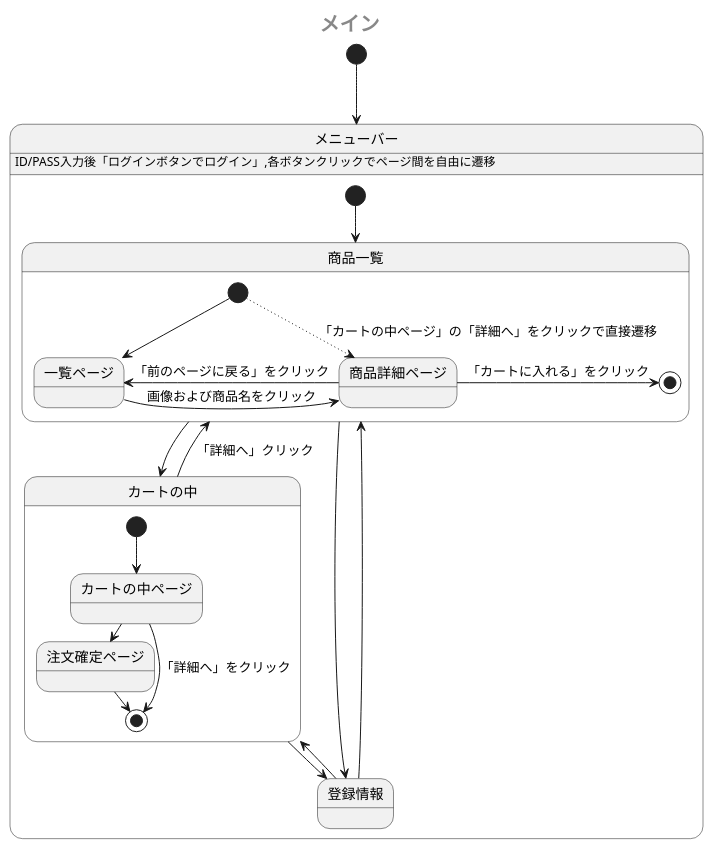
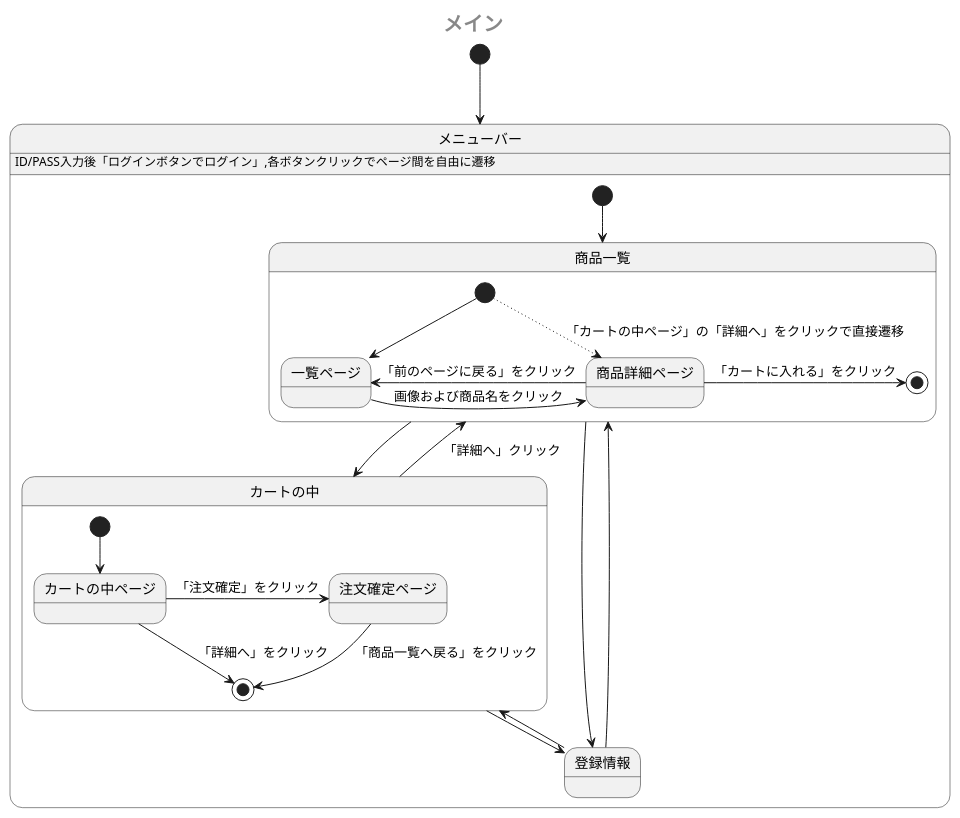
One commit to Aso2001385/2021sys-design changed the first of 2 diagrams in sample/StateMachine.md. Above: the diagram before and after it, drawn with PlantUML. The commit also changed other lines of this file, not shown here.

````diff
--- a/sample/StateMachine.md
+++ b/sample/StateMachine.md
@@ -1,35 +1,34 @@
 ```uml
 @startuml
  center header <size:20><b>メイン</b></size>
  [*] --> メニューバー
  state メニューバー {
    メニューバー: ID/PASS入力後「ログインボタンでログイン」,各ボタンクリックでページ間を自由に遷移
    [*] --> 商品一覧
    state 商品一覧 {
     [*] --> 一覧ページ
     [*] -[dotted]-> 商品詳細ページ: 「カートの中ページ」の「詳細へ」をクリックで直接遷移
     一覧ページ -right-> 商品詳細ページ: 画像および商品名をクリック
     商品詳細ページ -left-> 一覧ページ: 「前のページに戻る」をクリック
     商品詳細ページ -right-> [*]: 「カートに入れる」をクリック
     
    }
    商品一覧 -down-> カートの中
    state カートの中 {
     [*] --> カートの中ページ
     カートの中ページ --> [*]:「詳細へ」をクリック
     カートの中ページ -> 注文確定ページ:「注文確定」をクリック 
-    注文確定ページ -> [*]: 「商品一覧へ戻る」をクリック
+    注文確定ページ --> [*]: 「商品一覧へ戻る」をクリック
    }
    カートの中 -up-> 商品一覧:「詳細へ」クリック
    カートの中 -down-> 登録情報
    登録情報 -up-> カートの中
    商品一覧 -right-> 登録情報
    商品一覧 -[hidden]> 登録情報
    登録情報 -left-> 商品一覧
    登録情報 -[hidden]> 商品一覧
    
-
  }
  
 @enduml
 ```
````
